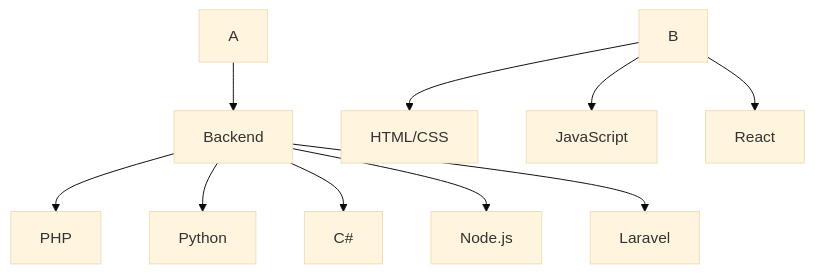
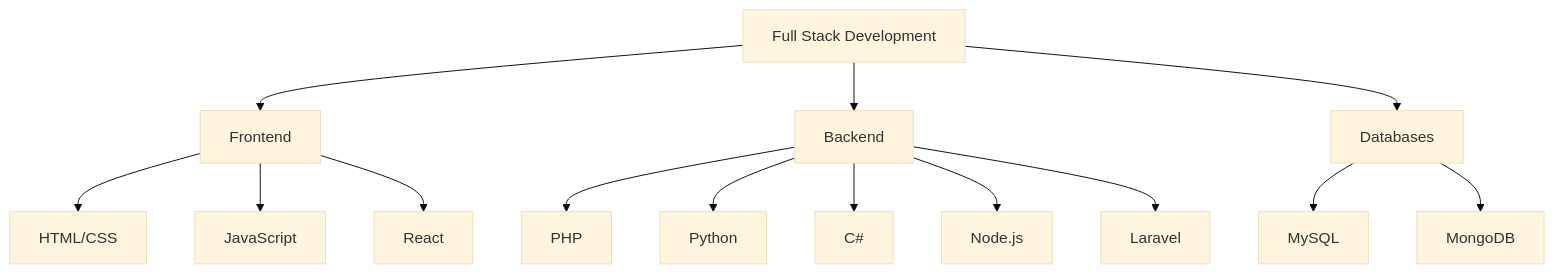
One commit to TaqdeesHigh/TaqdeesHigh changed the diagram in README.md. Above: the diagram before and after it, drawn with Mermaid (base theme). The commit also changed other lines of this file, not shown here.

````diff
--- a/README.md
+++ b/README.md
@@ -74,12 +43,16 @@
 ```mermaid
 graph TD
+    A[Full Stack Development] --> B[Frontend]
     A --> C[Backend]
-    B --> E[HTML/CSS]
-    B --> F[JavaScript]
-    B --> G[React]
-    C --> H[PHP]
-    C --> I[Python]
-    C --> J[C#]
-    C --> K[Node.js]
-    C --> L[Laravel]
+    B --> D[HTML/CSS]
+    B --> E[JavaScript]
+    B --> F[React]
+    C --> G[PHP]
+    C --> H[Python]
+    C --> I[C#]
+    C --> J[Node.js]
+    C --> K[Laravel]
+    A --> L[Databases]
+    L --> M[MySQL]
+    L --> N[MongoDB]
 ```
````
